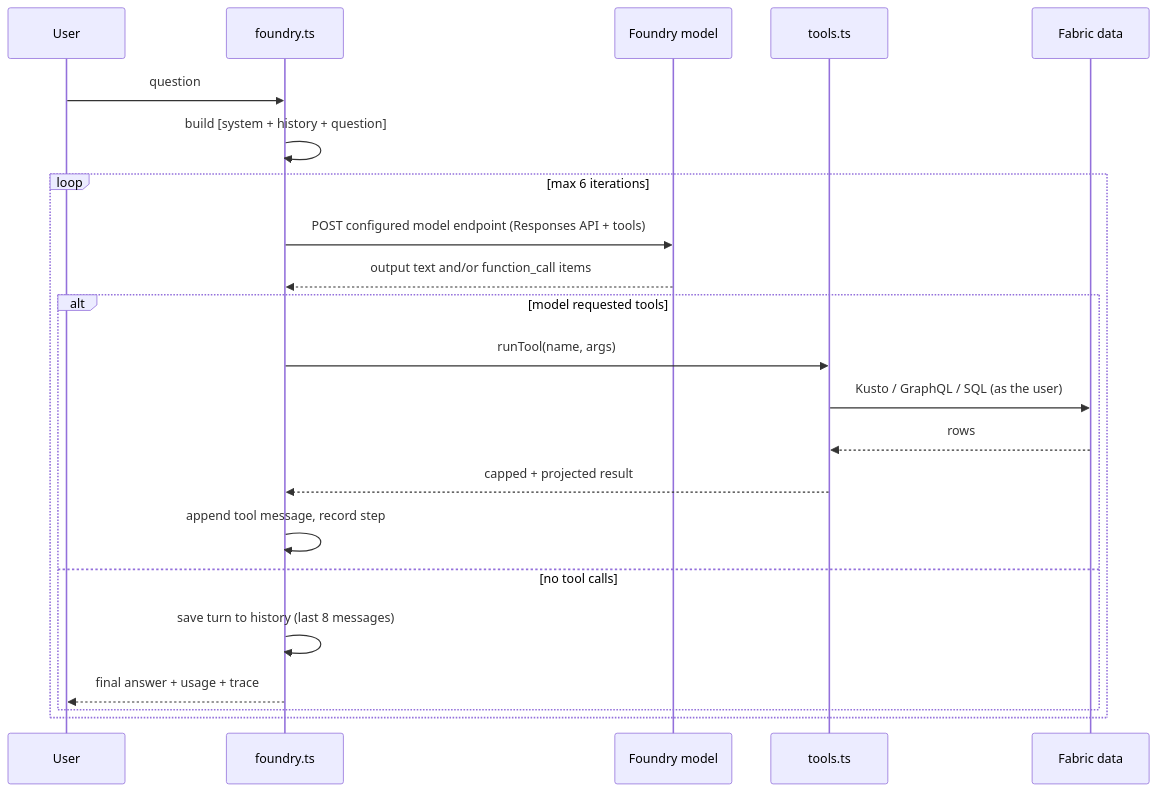
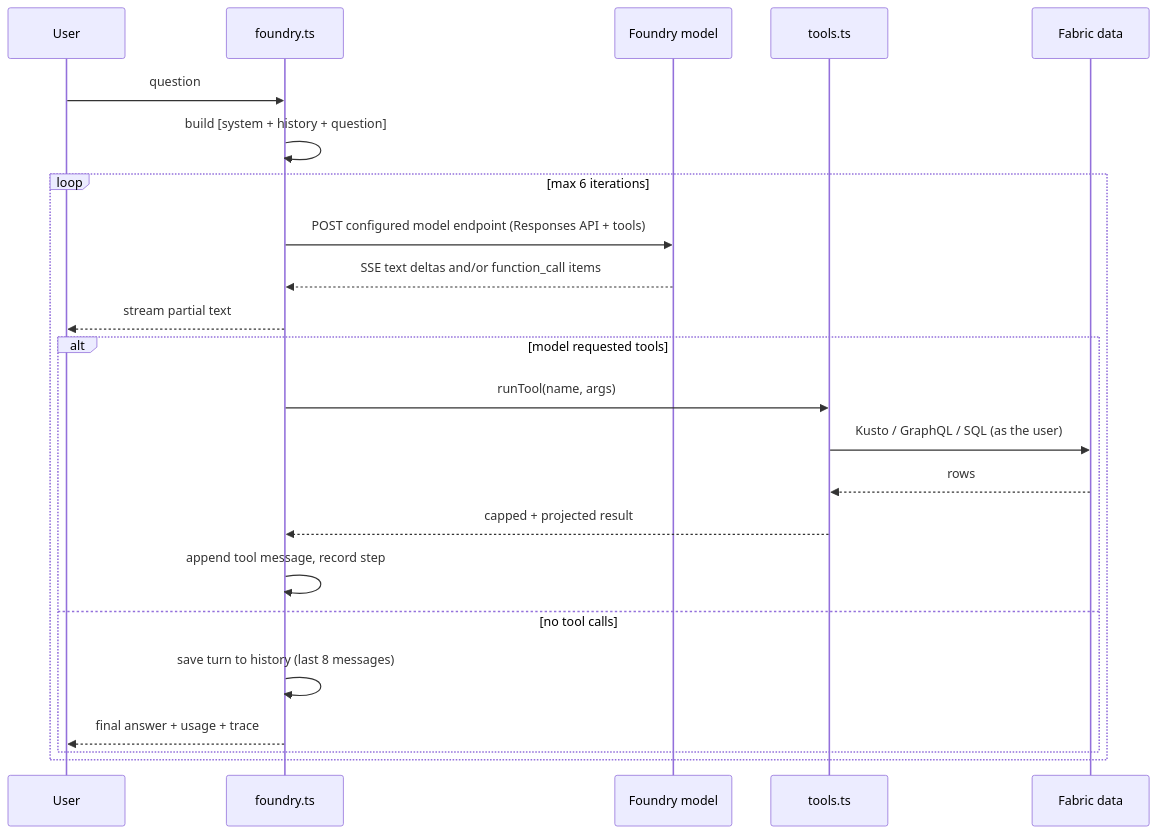
The second of 2 diagrams in docs/foundry-copilot.md (dibakardharchoudhury/FabricIQAppsDEMO), drawn with Mermaid before and after one commit. The commit also changed other lines of this file and 4 other files, not shown here.

````diff
--- a/docs/foundry-copilot.md
+++ b/docs/foundry-copilot.md
@@ -122,25 +122,26 @@
 ```mermaid
 sequenceDiagram
   participant U as User
   participant A as foundry.ts
   participant M as Foundry model
   participant T as tools.ts
   participant D as Fabric data
 
   U->>A: question
   A->>A: build [system + history + question]
   loop max 6 iterations
     A->>M: POST configured model endpoint (Responses API + tools)
-    M-->>A: output text and/or function_call items
+    M-->>A: SSE text deltas and/or function_call items
+    A-->>U: stream partial text
     alt model requested tools
       A->>T: runTool(name, args)
       T->>D: Kusto / GraphQL / SQL (as the user)
       D-->>T: rows
       T-->>A: capped + projected result
       A->>A: append tool message, record step
     else no tool calls
       A->>A: save turn to history (last 8 messages)
       A-->>U: final answer + usage + trace
     end
   end
 ```
````
